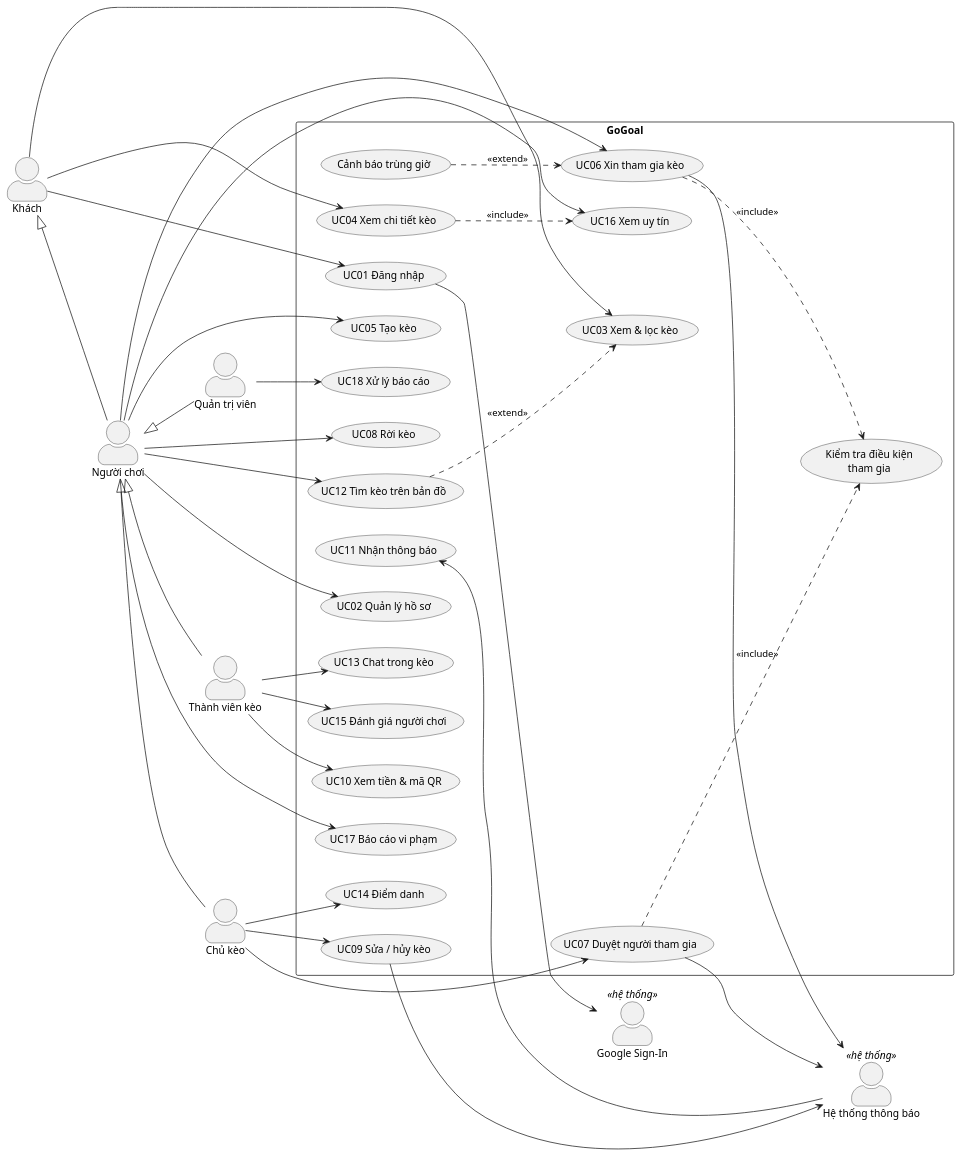
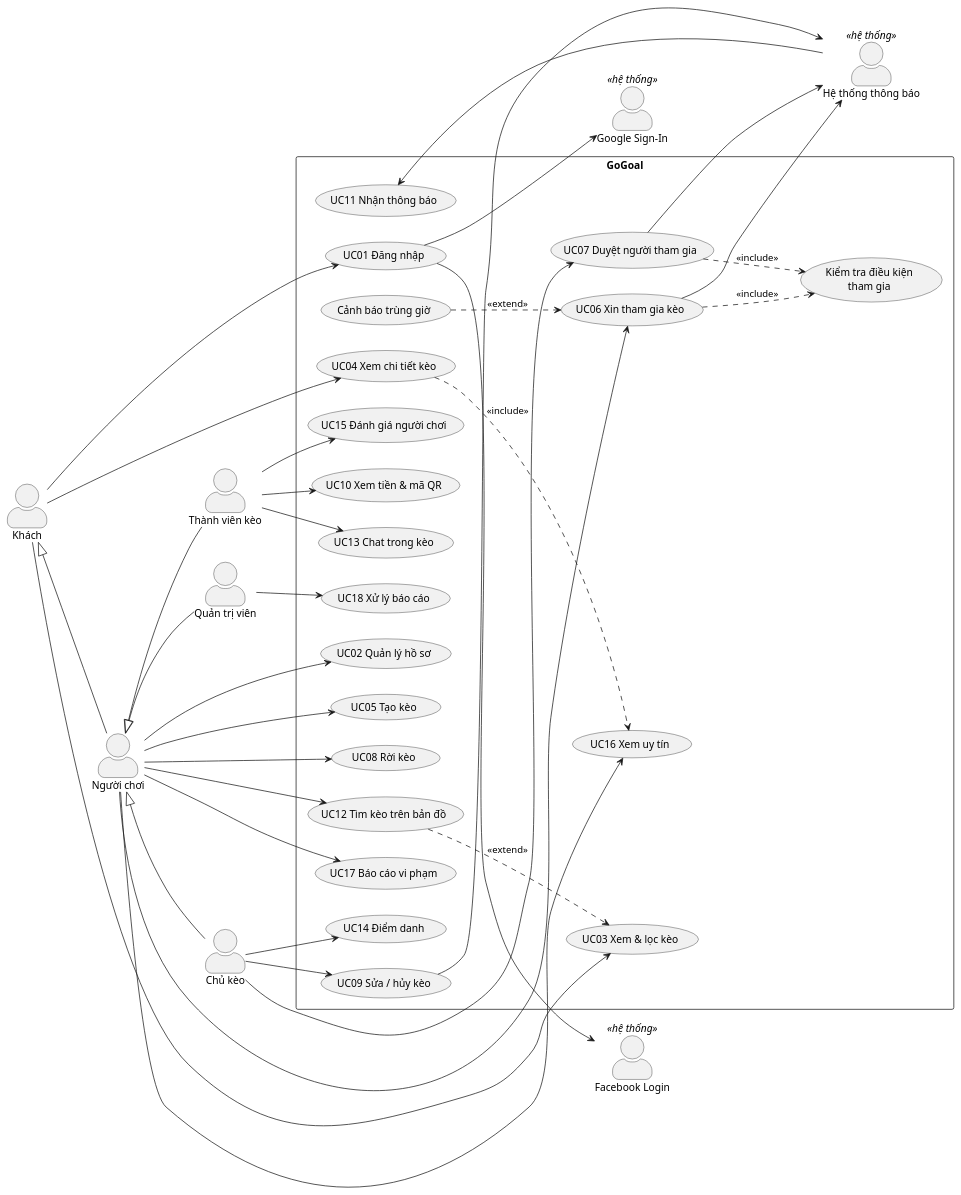
Before and after one commit to hoangclh0722-netizen/gogoal: the first of 2 diagrams in docs/03-use-case.md, drawn with PlantUML. The commit also changed other lines of this file and 123 other files, not shown here.

````diff
--- a/docs/03-use-case.md
+++ b/docs/03-use-case.md
@@ -19,77 +19,79 @@
 ```plantuml
 @startuml GoGoal_UseCase
 left to right direction
 skinparam packageStyle rectangle
 skinparam actorStyle awesome
 
 actor "Khách" as Guest
 actor "Người chơi" as Player
 actor "Chủ kèo" as Host
 actor "Thành viên kèo" as Member
 actor "Quản trị viên" as Admin
 actor "Google Sign-In" as Google <<hệ thống>>
+actor "Facebook Login" as Facebook <<hệ thống>>
 actor "Hệ thống thông báo" as Notifier <<hệ thống>>
 
 Guest <|-- Player
 Player <|-- Host
 Player <|-- Member
 Player <|-- Admin
 
 rectangle "GoGoal" {
   usecase "UC01 Đăng nhập" as UC01
   usecase "UC02 Quản lý hồ sơ" as UC02
   usecase "UC03 Xem & lọc kèo" as UC03
   usecase "UC04 Xem chi tiết kèo" as UC04
   usecase "UC05 Tạo kèo" as UC05
   usecase "UC06 Xin tham gia kèo" as UC06
   usecase "UC07 Duyệt người tham gia" as UC07
   usecase "UC08 Rời kèo" as UC08
   usecase "UC09 Sửa / hủy kèo" as UC09
   usecase "UC10 Xem tiền & mã QR" as UC10
   usecase "UC11 Nhận thông báo" as UC11
   usecase "UC12 Tìm kèo trên bản đồ" as UC12
   usecase "UC13 Chat trong kèo" as UC13
   usecase "UC14 Điểm danh" as UC14
   usecase "UC15 Đánh giá người chơi" as UC15
   usecase "UC16 Xem uy tín" as UC16
   usecase "UC17 Báo cáo vi phạm" as UC17
   usecase "UC18 Xử lý báo cáo" as UC18
   usecase "Kiểm tra điều kiện\ntham gia" as CheckJoin
   usecase "Cảnh báo trùng giờ" as WarnOverlap
 }
 
 Guest --> UC01
 Guest --> UC03
 Guest --> UC04
 UC01 --> Google
+UC01 --> Facebook
 
 Player --> UC02
 Player --> UC05
 Player --> UC06
 Player --> UC08
 Player --> UC12
 Player --> UC16
 Player --> UC17
 
 Host --> UC07
 Host --> UC09
 Host --> UC14
 
 Member --> UC10
 Member --> UC13
 Member --> UC15
 
 Admin --> UC18
 
 UC06 ..> CheckJoin : <<include>>
 UC07 ..> CheckJoin : <<include>>
 WarnOverlap ..> UC06 : <<extend>>
 UC12 ..> UC03 : <<extend>>
 UC04 ..> UC16 : <<include>>
 
 UC06 --> Notifier
 UC07 --> Notifier
 UC09 --> Notifier
 UC11 <-- Notifier
 @enduml
 ```
````
